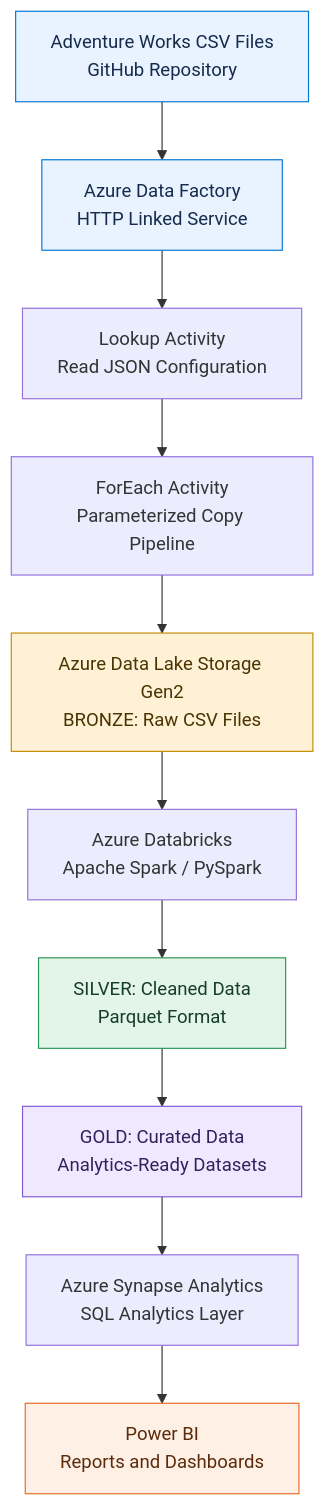
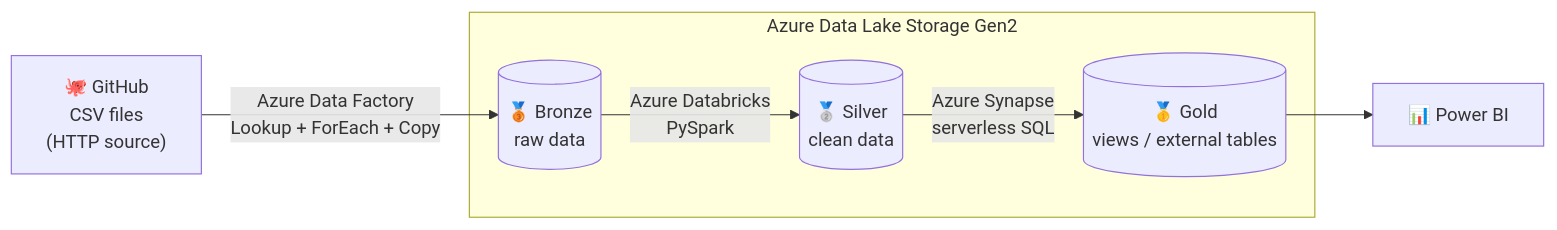
One commit to Shalini-Singh11/adventure-works-azure-data-engineering changed the first of 3 diagrams in README.md. Above: the diagram before and after it, drawn with Mermaid. The commit also changed other lines of this file, not shown here.

````diff
--- a/README.md
+++ b/README.md
@@ -114,22 +56,13 @@
 ```mermaid
-flowchart TD
-    A["Adventure Works CSV Files<br/>GitHub Repository"] --> B["Azure Data Factory<br/>HTTP Linked Service"]
+flowchart LR
+    A["🐙 GitHub<br/>CSV files<br/>(HTTP source)"] -->|"Azure Data Factory<br/>Lookup + ForEach + Copy"| B[("🥉 Bronze<br/>raw data")]
+    B -->|"Azure Databricks<br/>PySpark"| C[("🥈 Silver<br/>clean data")]
+    C -->|"Azure Synapse<br/>serverless SQL"| D[("🥇 Gold<br/>views / external tables")]
+    D --> E["📊 Power BI"]
 
-    B --> C["Lookup Activity<br/>Read JSON Configuration"]
-    C --> D["ForEach Activity<br/>Parameterized Copy Pipeline"]
-    D --> E["Azure Data Lake Storage Gen2<br/>BRONZE: Raw CSV Files"]
-
-    E --> F["Azure Databricks<br/>Apache Spark / PySpark"]
-    F --> G["SILVER: Cleaned Data<br/>Parquet Format"]
-
-    G --> H["GOLD: Curated Data<br/>Analytics-Ready Datasets"]
-    H --> I["Azure Synapse Analytics<br/>SQL Analytics Layer"]
-    I --> J["Power BI<br/>Reports and Dashboards"]
-
-    style A fill:#E8F3FF,stroke:#0078D4,color:#172B4D
-    style B fill:#E8F3FF,stroke:#0078D4,color:#172B4D
-    style E fill:#FFF1D6,stroke:#C58B00,color:#4A3400
-    style G fill:#E3F5E8,stroke:#269653,color:#163D26
-    style H fill:#F0E8FF,stroke:#805AD5,color:#32215C
-    style J fill:#FFF0E6,stroke:#E66B25,color:#5A2B0A
+    subgraph L["Azure Data Lake Storage Gen2"]
+        B
+        C
+        D
+    end
 ```
````
